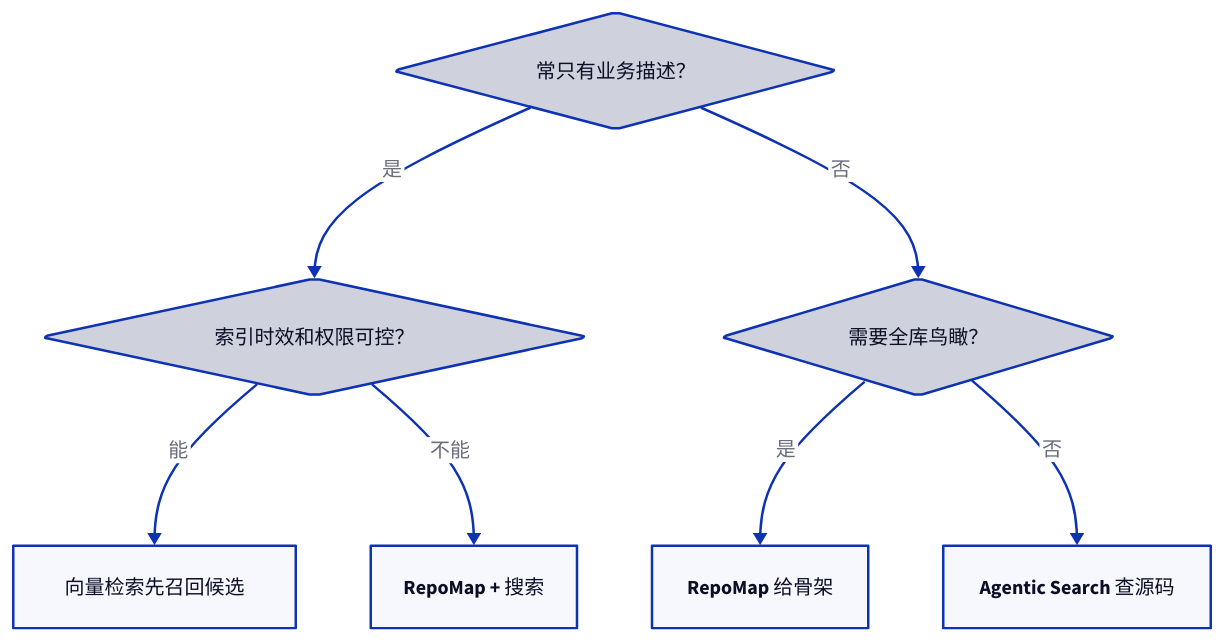
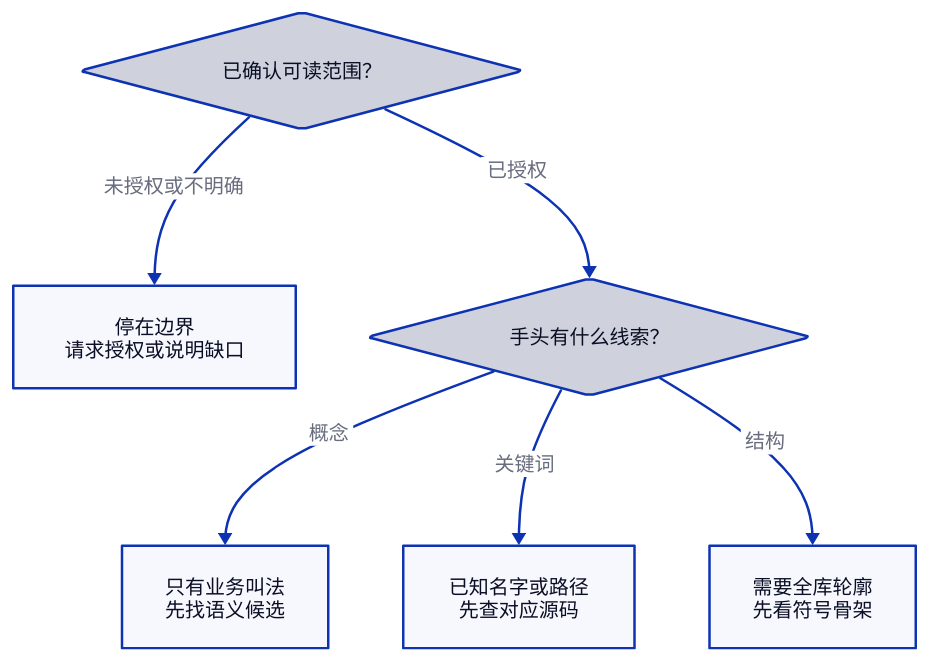
Before and after one commit to advence-liz/agent-learning: the fifth of 5 diagrams in p8-technical-lectures/02-codebase-search.md, drawn with D2. The commit also changed other lines of this file and 4 other files, not shown here.

Commit message:
修正科普图文边界并补充两个教学案例

````diff
--- a/p8-technical-lectures/02-codebase-search.md
+++ b/p8-technical-lectures/02-codebase-search.md
@@ -165,21 +168,14 @@
 ```d2
-semantic: 常只有业务描述？ {
-  shape: diamond
-}
-index: 索引时效和权限可控？ {
-  shape: diamond
-}
-budget: 需要全库鸟瞰？ {
-  shape: diamond
-}
-vector: 向量检索先召回候选
-hybrid: RepoMap + 搜索
-search: Agentic Search 查源码
-map: RepoMap 给骨架
-semantic -> index: 是
-semantic -> budget: 否
-index -> vector: 能
-index -> hybrid: 不能
-budget -> map: 是
-budget -> search: 否
+direction: down
+scope: 已确认可读范围？ { shape: diamond }
+stop: "停在边界\n请求授权或说明缺口"
+hints: 手头有什么线索？ { shape: diamond }
+semantic: "只有业务叫法\n先找语义候选"
+lexical: "已知名字或路径\n先查对应源码"
+map: "需要全库轮廓\n先看符号骨架"
+scope -> stop: 未授权或不明确
+scope -> hints: 已授权
+hints -> semantic: 概念
+hints -> lexical: 关键词
+hints -> map: 结构
 ```
````
